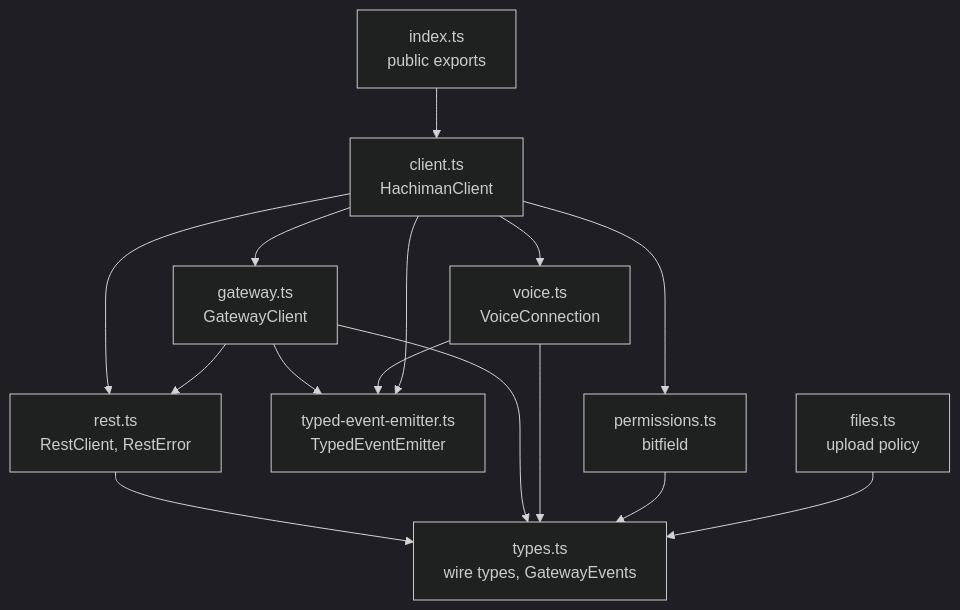
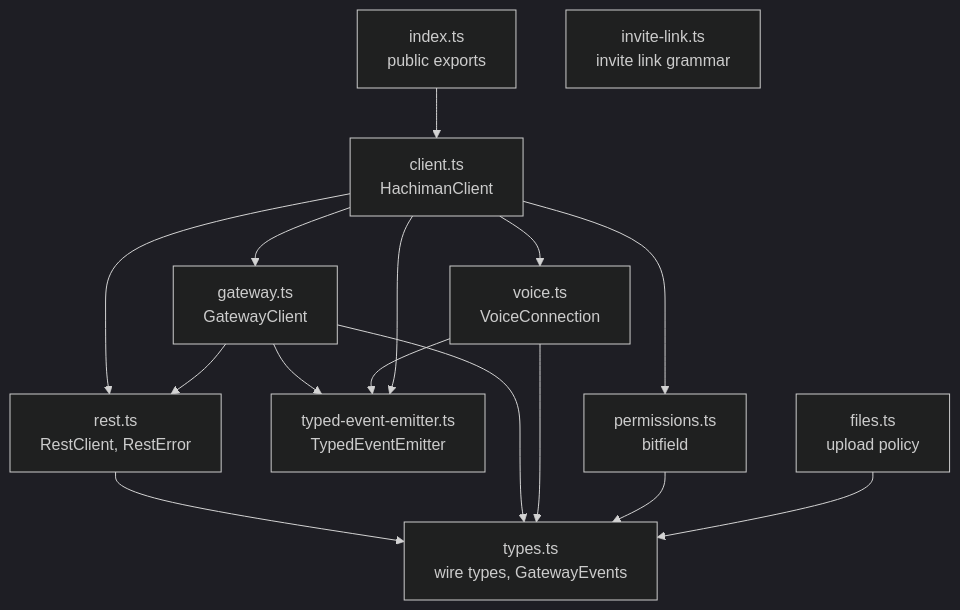
One commit to dan-hummelstad/hachiman changed the second of 3 diagrams in pkgs/hachiman-client/README.md. Above: the diagram before and after it, drawn with Mermaid (dark theme). The commit also changed other lines of this file and 67 other files, not shown here.

````diff
--- a/pkgs/hachiman-client/README.md
+++ b/pkgs/hachiman-client/README.md
@@ -36,27 +36,28 @@
 ```mermaid
 flowchart TD
   IDX["index.ts<br/>public exports"]
   HC["client.ts<br/>HachimanClient"]
   RC["rest.ts<br/>RestClient, RestError"]
   GC["gateway.ts<br/>GatewayClient"]
   VC["voice.ts<br/>VoiceConnection"]
   EE["typed-event-emitter.ts<br/>TypedEventEmitter"]
   TY["types.ts<br/>wire types, GatewayEvents"]
   PE["permissions.ts<br/>bitfield"]
   FI["files.ts<br/>upload policy"]
+  IL["invite-link.ts<br/>invite link grammar"]
 
   IDX --> HC
   HC --> RC
   HC --> GC
   HC --> VC
   HC --> PE
   GC --> RC
   GC --> EE
   VC --> EE
   HC --> EE
   RC --> TY
   GC --> TY
   VC --> TY
   PE --> TY
   FI --> TY
 ```
````
